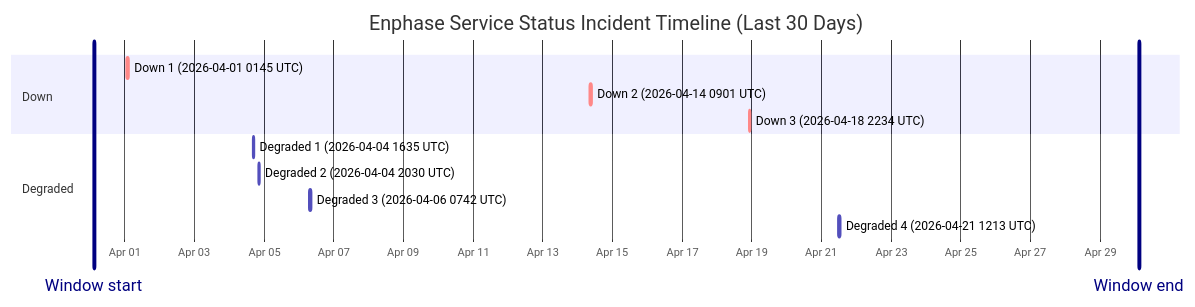
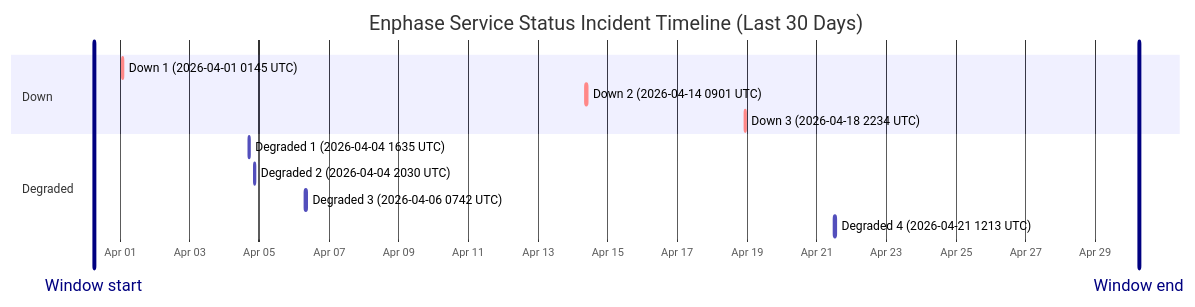
One commit to barneyonline/ha-enphase-ev-charger changed the diagram in wiki/Service-Status-History.md. Above: the diagram before and after it, drawn with Mermaid. The commit also changed other lines of this file and 3 other files, not shown here.

````diff
--- a/wiki/Service-Status-History.md
+++ b/wiki/Service-Status-History.md
@@ -14,17 +14,17 @@
 ```mermaid
 gantt
     title Enphase Service Status Incident Timeline (Last 30 Days)
     dateFormat  YYYY-MM-DDTHH:mm:ss
     axisFormat  %b %d
-    Window start :vert, window-start, 2026-03-31T02:50:01, 0ms
-    Window end :vert, window-end, 2026-04-30T02:50:01, 0ms
+    Window start :vert, window-start, 2026-03-31T05:58:08, 0ms
+    Window end :vert, window-end, 2026-04-30T05:58:08, 0ms
     section Down
     Down 1 (2026-04-01 0145 UTC) :crit, down-1, 2026-04-01T01:45:09, 60m
     Down 2 (2026-04-14 0901 UTC) :crit, down-2, 2026-04-14T09:01:13, 60m
     Down 3 (2026-04-18 2234 UTC) :crit, down-3, 2026-04-18T22:34:13, 60m
     section Degraded
     Degraded 1 (2026-04-04 1635 UTC) :active, degraded-1, 2026-04-04T16:35:17, 60m
     Degraded 2 (2026-04-04 2030 UTC) :active, degraded-2, 2026-04-04T20:30:40, 60m
     Degraded 3 (2026-04-06 0742 UTC) :active, degraded-3, 2026-04-06T07:42:09, 85m
     Degraded 4 (2026-04-21 1213 UTC) :active, degraded-4, 2026-04-21T12:13:11, 60m
 ```
````
